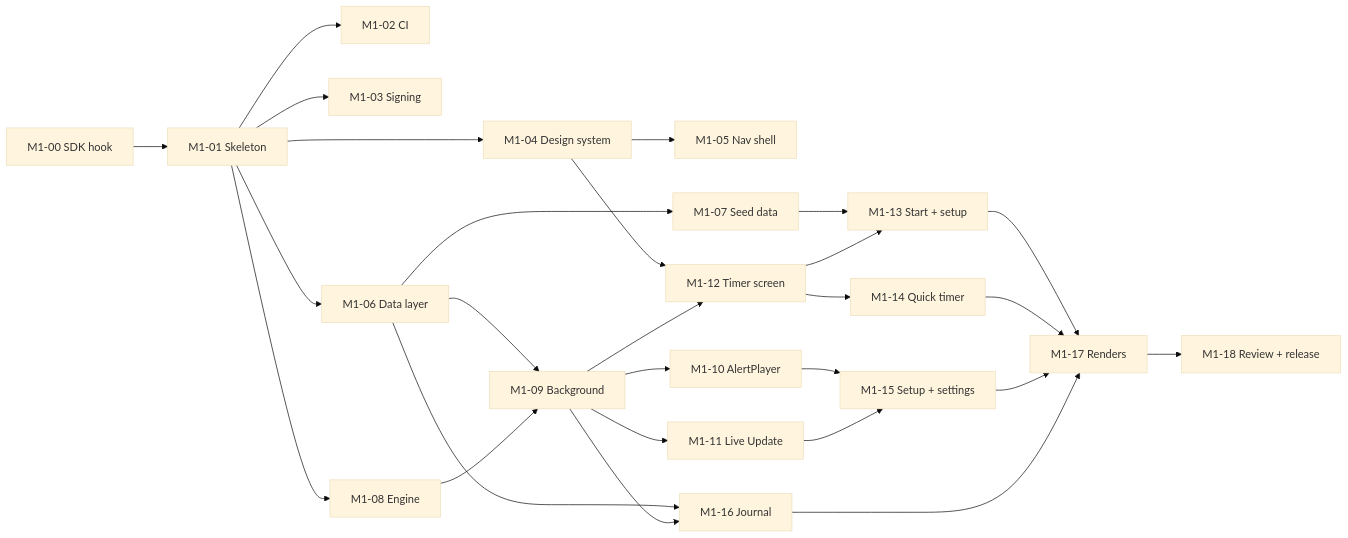
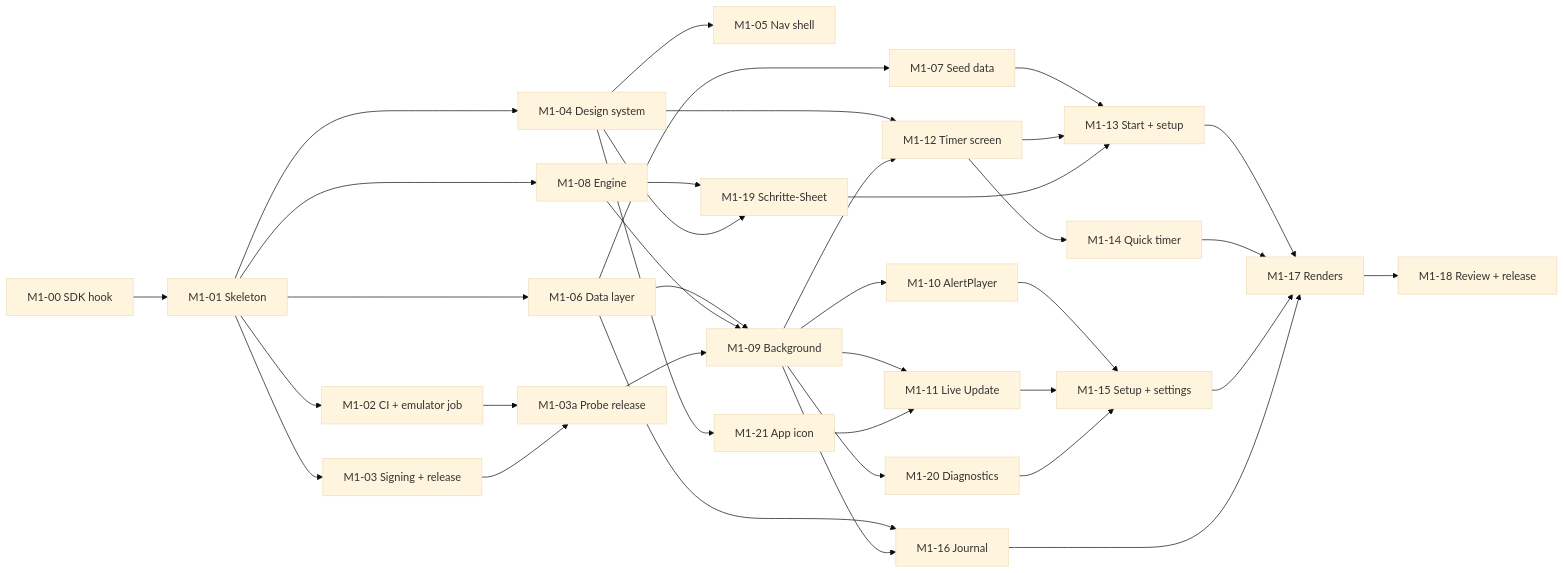
Before and after one commit to katznmeik/UmamiT: the diagram in docs/plans/M1-timer.md, drawn with Mermaid (base theme). The commit also changed other lines of this file and 18 other files, not shown here.

````diff
--- a/docs/plans/M1-timer.md
+++ b/docs/plans/M1-timer.md
@@ -73,29 +93,39 @@
 ```mermaid
 flowchart LR
     A[M1-00 SDK hook] --> B[M1-01 Skeleton]
-    B --> C[M1-02 CI]
-    B --> D[M1-03 Signing]
+    B --> C[M1-02 CI + emulator job]
+    B --> D[M1-03 Signing + release]
+    C --> PR[M1-03a Probe release]
+    D --> PR
     B --> E[M1-04 Design system]
     B --> F[M1-06 Data layer]
     B --> G[M1-08 Engine]
     E --> H[M1-05 Nav shell]
+    E --> IC[M1-21 App icon]
     F --> I[M1-07 Seed data]
     F --> J[M1-09 Background]
     G --> J
+    PR --> J
     J --> K[M1-10 AlertPlayer]
     J --> L[M1-11 Live Update]
+    IC --> L
+    J --> DG[M1-20 Diagnostics]
     E --> M[M1-12 Timer screen]
     J --> M
+    G --> SS[M1-19 Schritte-Sheet]
+    E --> SS
     I --> N[M1-13 Start + setup]
     M --> N
+    SS --> N
     M --> O[M1-14 Quick timer]
     K --> P[M1-15 Setup + settings]
     L --> P
+    DG --> P
     F --> Q[M1-16 Journal]
     J --> Q
     N --> R[M1-17 Renders]
     O --> R
     P --> R
     Q --> R
     R --> S[M1-18 Review + release]
 ```
````
